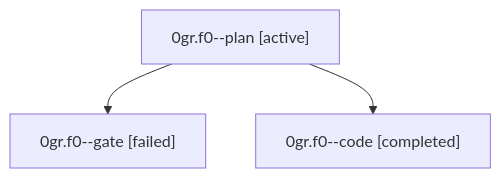
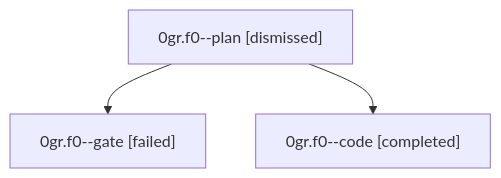
One commit to sase-org/sase--agents changed the diagram in sessions/bbugyi200.athena.0gr.f0.md. Above: the diagram before and after it, drawn with Mermaid. The commit also changed other lines of this file and 28 other files, not shown here.

````diff
--- a/sessions/bbugyi200.athena.0gr.f0.md
+++ b/sessions/bbugyi200.athena.0gr.f0.md
@@ -9,8 +9,8 @@
 ```mermaid
 flowchart TD
-  n0["0gr.f0--plan [active]"]
+  n0["0gr.f0--plan [dismissed]"]
   n1["0gr.f0--gate [failed]"]
   n0 --> n1
   n2["0gr.f0--code [completed]"]
   n0 --> n2
 ```
````
